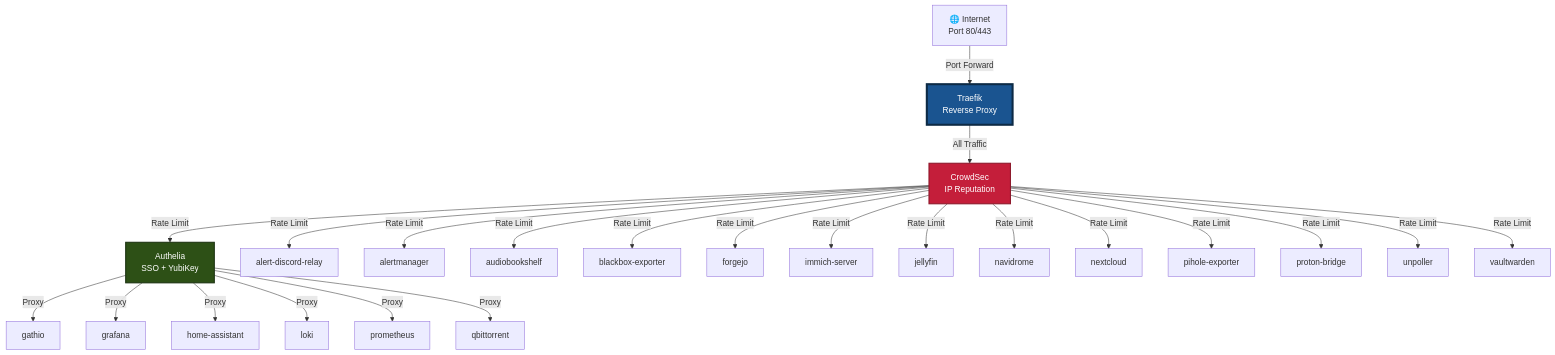
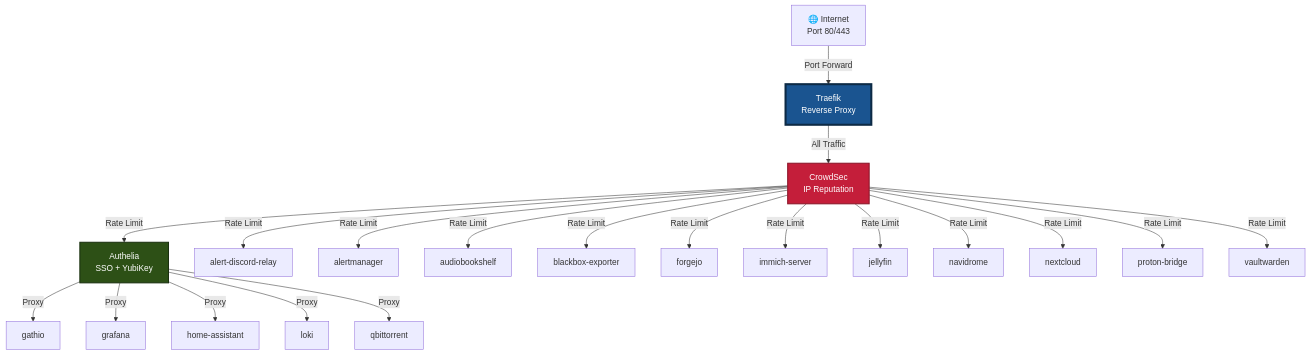
Before and after one commit to vonrobak/fedora-homelab-containers: the first of 3 diagrams in docs/AUTO-NETWORK-TOPOLOGY.md, drawn with Mermaid. The commit also changed other lines of this file and 18 other files, not shown here.

````diff
--- a/docs/AUTO-NETWORK-TOPOLOGY.md
+++ b/docs/AUTO-NETWORK-TOPOLOGY.md
@@ -12,37 +12,34 @@
 ```mermaid
 graph TB
     Internet[🌐 Internet<br/>Port 80/443]
     Internet -->|Port Forward| Traefik[Traefik<br/>Reverse Proxy]
 
     %% All traffic goes through CrowdSec first
     Traefik -->|All Traffic| CrowdSec[CrowdSec<br/>IP Reputation]
 
     %% Services requiring Authelia SSO
     CrowdSec -->|Rate Limit| Authelia[Authelia<br/>SSO + YubiKey]
     Authelia -->|Proxy| gathio[gathio]
     Authelia -->|Proxy| grafana[grafana]
     Authelia -->|Proxy| home_assistant[home-assistant]
     Authelia -->|Proxy| loki[loki]
-    Authelia -->|Proxy| prometheus[prometheus]
     Authelia -->|Proxy| qbittorrent[qbittorrent]
 
     %% Services with native authentication (bypass Authelia)
     CrowdSec -->|Rate Limit| alert_discord_relay[alert-discord-relay]
     CrowdSec -->|Rate Limit| alertmanager[alertmanager]
     CrowdSec -->|Rate Limit| audiobookshelf[audiobookshelf]
     CrowdSec -->|Rate Limit| blackbox_exporter[blackbox-exporter]
     CrowdSec -->|Rate Limit| forgejo[forgejo]
     CrowdSec -->|Rate Limit| immich_server[immich-server]
     CrowdSec -->|Rate Limit| jellyfin[jellyfin]
     CrowdSec -->|Rate Limit| navidrome[navidrome]
     CrowdSec -->|Rate Limit| nextcloud[nextcloud]
-    CrowdSec -->|Rate Limit| pihole_exporter[pihole-exporter]
     CrowdSec -->|Rate Limit| proton_bridge[proton-bridge]
-    CrowdSec -->|Rate Limit| unpoller[unpoller]
     CrowdSec -->|Rate Limit| vaultwarden[vaultwarden]
 
     %% Styling
     style Traefik fill:#1a5490,stroke:#0d2a45,stroke-width:4px,color:#fff
     style CrowdSec fill:#c41e3a,stroke:#8b1528,stroke-width:2px,color:#fff
     style Authelia fill:#2d5016,stroke:#1a3010,stroke-width:2px,color:#fff
 ```
````
